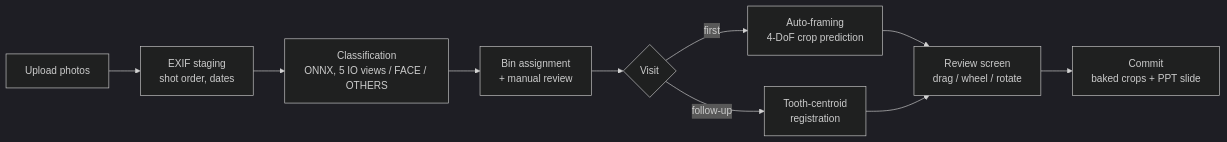
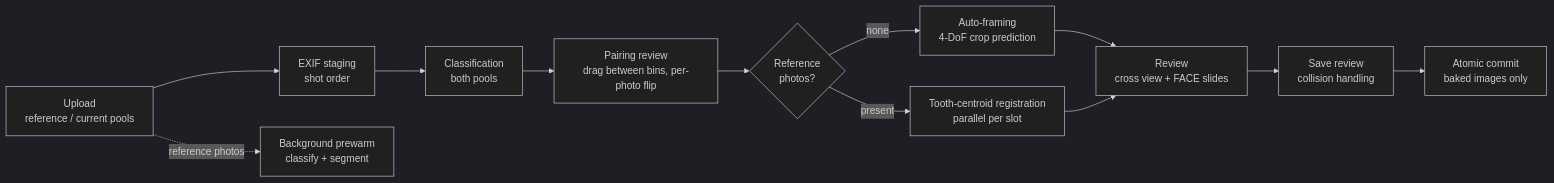
One commit to pnudh-ortho/automated-crossvisit-framing changed the diagram in README.md. Above: the diagram before and after it, drawn with Mermaid (dark theme). The commit also changed other lines of this file, not shown here.

````diff
--- a/README.md
+++ b/README.md
@@ -82,12 +86,14 @@
 ```mermaid
 flowchart LR
-    A[Upload photos] --> B[EXIF staging<br>shot order, dates]
-    B --> C[Classification<br>ONNX, 5 IO views / FACE / OTHERS]
-    C --> D[Bin assignment<br>+ manual review]
-    D --> E{Visit}
-    E -- first --> F[Auto-framing<br>4-DoF crop prediction]
-    E -- follow-up --> G[Tooth-centroid<br>registration]
-    F --> H[Review screen<br>drag / wheel / rotate]
+    A[Upload<br>reference / current pools] --> B[EXIF staging<br>shot order]
+    A -. reference photos .-> P[Background prewarm<br>classify + segment]
+    B --> C[Classification<br>both pools]
+    C --> D[Pairing review<br>drag between bins, per-photo flip]
+    D --> E{Reference<br>photos?}
+    E -- none --> F[Auto-framing<br>4-DoF crop prediction]
+    E -- present --> G[Tooth-centroid registration<br>parallel per slot]
+    F --> H[Review<br>cross view + FACE slides]
     G --> H
-    H --> I[Commit<br>baked crops + PPT slide]
+    H --> I[Save review<br>collision handling]
+    I --> J[Atomic commit<br>baked images only]
 ```
````
